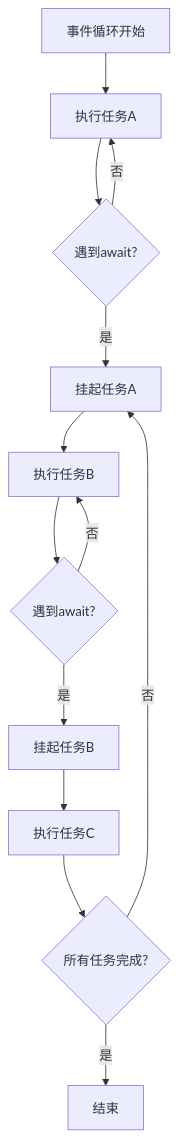
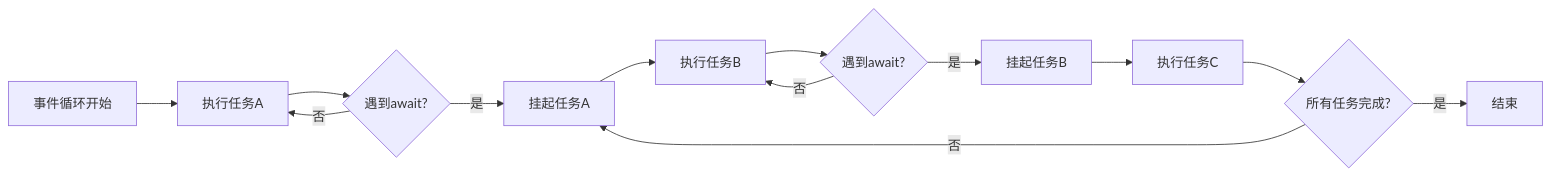
One commit to hata33/ruoyi-fastapi-full-stack changed the diagram in ruoyi-fastapi-backend/docs/tutorials/01-Python基础/02-异步编程.md. Above: the diagram before and after it, drawn with Mermaid. The commit also changed 14 other files, not shown here.

````diff
--- a/ruoyi-fastapi-backend/docs/tutorials/01-Python基础/02-异步编程.md
+++ b/ruoyi-fastapi-backend/docs/tutorials/01-Python基础/02-异步编程.md
@@ -464,15 +464,17 @@
 ```mermaid
-graph TD
-    A[事件循环开始] --> B[执行任务A]
-    B --> C{遇到await?}
-    C -->|是| D[挂起任务A]
-    C -->|否| B
-    D --> E[执行任务B]
-    E --> F{遇到await?}
-    F -->|是| G[挂起任务B]
-    F -->|否| E
-    G --> H[执行任务C]
-    H --> I{所有任务完成?}
-    I -->|否| D
-    I -->|是| J[结束]
+flowchart LR
+    A["事件循环开始"] --> B["执行任务A"]
+    B --> C{"遇到await?"}
+    C -->|"是"| D["挂起任务A"]
+    C -->|"否"| B
+
+    D --> E["执行任务B"]
+    E --> F{"遇到await?"}
+    F -->|"是"| G["挂起任务B"]
+    F -->|"否"| E
+
+    G --> H["执行任务C"]
+    H --> I{"所有任务完成?"}
+    I -->|"否"| D
+    I -->|"是"| J["结束"]
 ```
````
